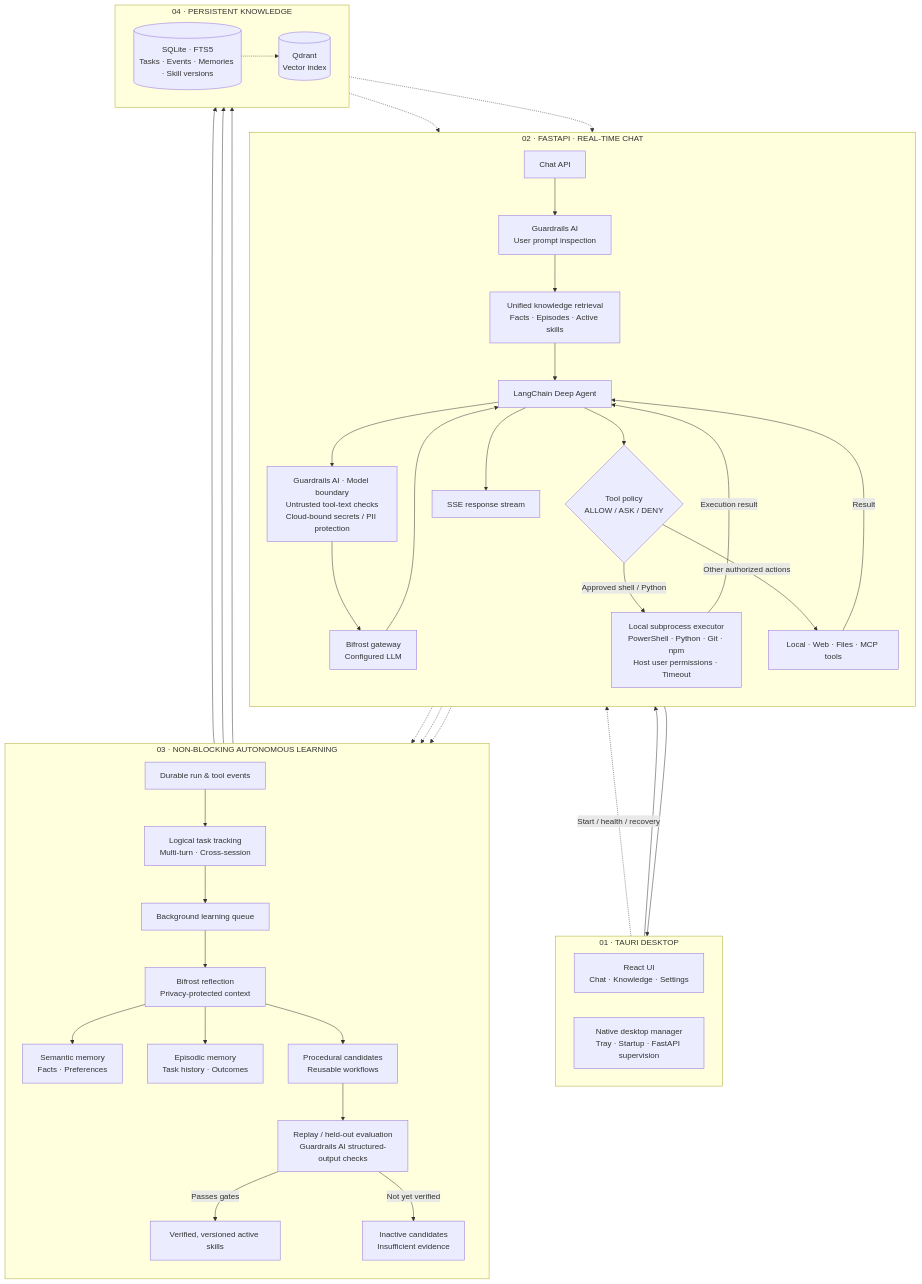
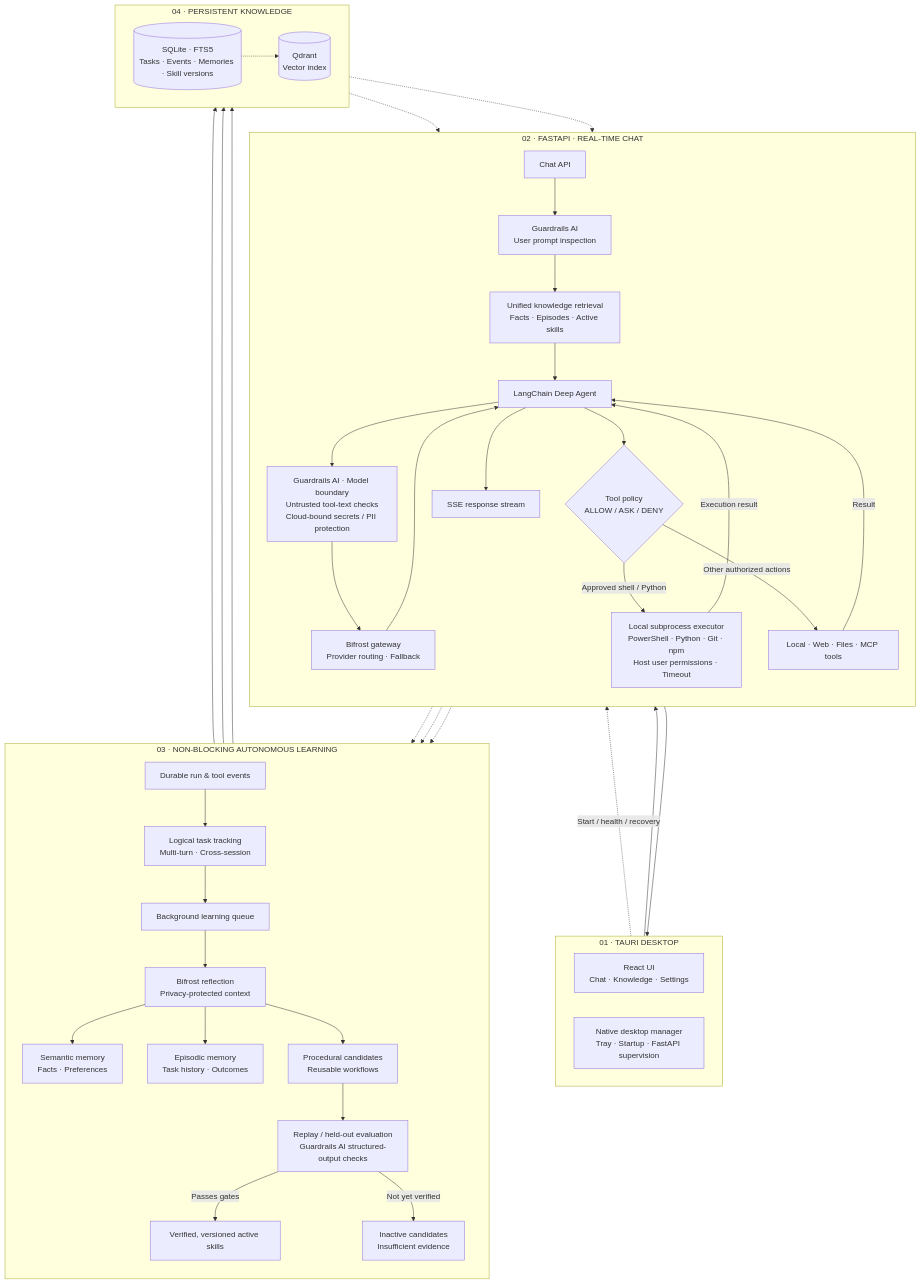
One commit to cRED-f/Trajecta changed the diagram in README.md. Above: the diagram before and after it, drawn with Mermaid. The commit also changed other lines of this file and 33 other files, not shown here.

Commit message:
fix(llm): synchronize managed Bifrost authentication and diagnose upstream 401 errors

````diff
--- a/README.md
+++ b/README.md
@@ -40,73 +54,73 @@
 ```mermaid
 flowchart TB
     subgraph DESKTOP["01 · TAURI DESKTOP"]
         direction LR
         UI["React UI<br/>Chat · Knowledge · Settings"]
         HOST["Native desktop manager<br/>Tray · Startup · FastAPI supervision"]
     end
 
     subgraph CHAT["02 · FASTAPI · REAL-TIME CHAT"]
         direction TB
         API["Chat API"]
         INPUT["Guardrails AI<br/>User prompt inspection"]
         RET["Unified knowledge retrieval<br/>Facts · Episodes · Active skills"]
         AGENT["LangChain Deep Agent"]
         CONTEXT["Guardrails AI · Model boundary<br/>Untrusted tool-text checks<br/>Cloud-bound secrets / PII protection"]
-        MODEL["Bifrost gateway<br/>Configured LLM"]
+        MODEL["Bifrost gateway<br/>Provider routing · Fallback"]
         POLICY{"Tool policy<br/>ALLOW / ASK / DENY"}
         TOOLS["Local · Web · Files · MCP tools"]
         EXEC["Local subprocess executor<br/>PowerShell · Python · Git · npm<br/>Host user permissions · Timeout"]
         STREAM["SSE response stream"]
 
         API --> INPUT --> RET --> AGENT
         AGENT --> CONTEXT --> MODEL --> AGENT
         AGENT --> POLICY
         POLICY -->|Approved shell / Python| EXEC
         POLICY -->|Other authorized actions| TOOLS
         EXEC -->|Execution result| AGENT
         TOOLS -->|Result| AGENT
         AGENT --> STREAM
     end
 
     UI --> API
     HOST -.->|Start / health / recovery| API
     STREAM --> UI
 
     subgraph LEARNING["03 · NON-BLOCKING AUTONOMOUS LEARNING"]
         direction TB
         EVENTS["Durable run & tool events"]
         TASK["Logical task tracking<br/>Multi-turn · Cross-session"]
         JOBS["Background learning queue"]
         REFLECT["Bifrost reflection<br/>Privacy-protected context"]
         SEM["Semantic memory<br/>Facts · Preferences"]
         EP["Episodic memory<br/>Task history · Outcomes"]
         CAND["Procedural candidates<br/>Reusable workflows"]
         EVAL["Replay / held-out evaluation<br/>Guardrails AI structured-output checks"]
         ACTIVE["Verified, versioned active skills"]
         PENDING["Inactive candidates<br/>Insufficient evidence"]
 
         EVENTS --> TASK --> JOBS --> REFLECT
         REFLECT --> SEM
         REFLECT --> EP
         REFLECT --> CAND --> EVAL
         EVAL -->|Passes gates| ACTIVE
         EVAL -->|Not yet verified| PENDING
     end
 
     API -.-> EVENTS
     TOOLS -.-> EVENTS
     EXEC -.-> EVENTS
 
     subgraph STORAGE["04 · PERSISTENT KNOWLEDGE"]
         direction LR
         SQL[("SQLite · FTS5<br/>Tasks · Events · Memories · Skill versions")]
         VECTOR[("Qdrant<br/>Vector index")]
     end
 
     SEM --> SQL
     EP --> SQL
     ACTIVE --> SQL
     SQL -.-> RET
     SQL -.-> VECTOR
     VECTOR -.-> RET
 ```
````
